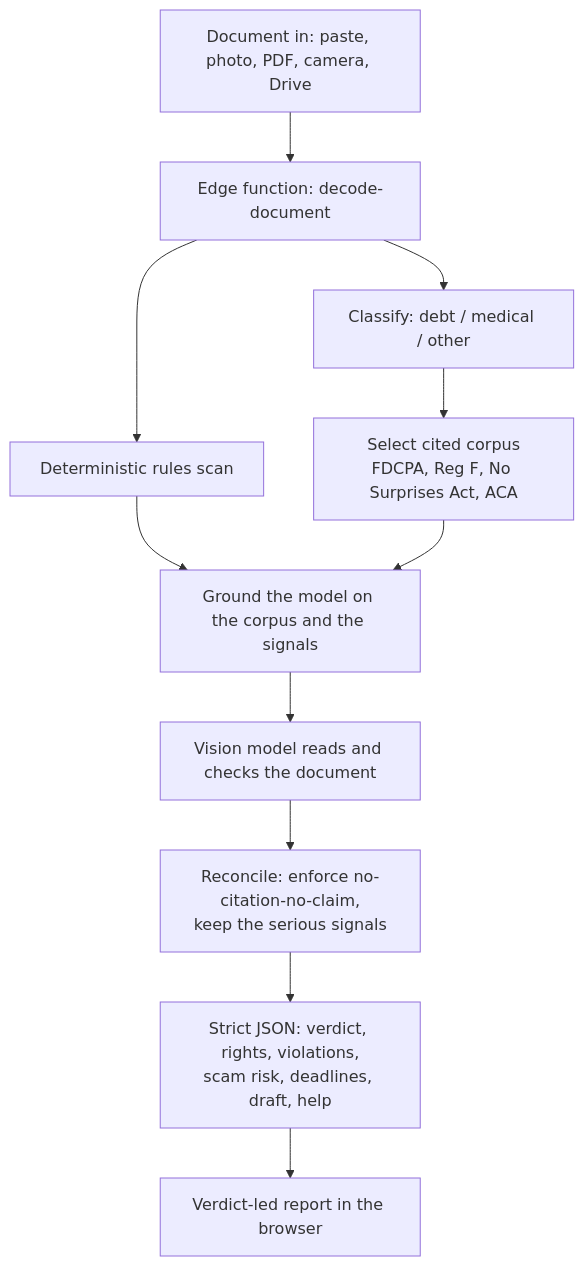
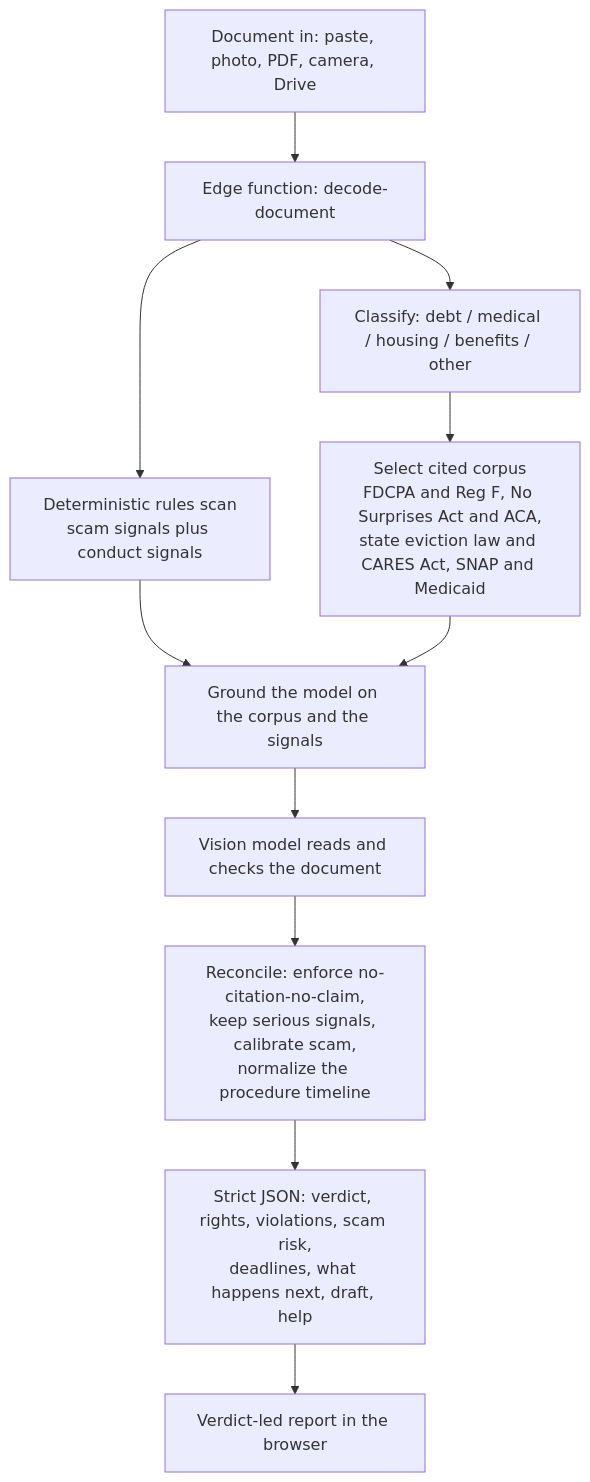
The first of 4 diagrams in README.md (s-k-28/decoded), drawn with Mermaid before and after one commit. The commit also changed other lines of this file, not shown here.

First line of the commit message:
Expand README: detailed product overview, grounding methodology, coverage, procedure

````diff
--- a/README.md
+++ b/README.md
@@ -17,13 +26,13 @@
 ```mermaid
 flowchart TD
     A["Document in: paste, photo, PDF, camera, Drive"] --> B["Edge function: decode-document"]
-    B --> C["Deterministic rules scan"]
-    B --> D["Classify: debt / medical / other"]
-    D --> E["Select cited corpus<br/>FDCPA, Reg F, No Surprises Act, ACA"]
+    B --> C["Deterministic rules scan<br/>scam signals plus conduct signals"]
+    B --> D["Classify: debt / medical / housing / benefits / other"]
+    D --> E["Select cited corpus<br/>FDCPA and Reg F, No Surprises Act and ACA,<br/>state eviction law and CARES Act, SNAP and Medicaid"]
     C --> F["Ground the model on the corpus and the signals"]
     E --> F
     F --> G["Vision model reads and checks the document"]
-    G --> H["Reconcile: enforce no-citation-no-claim,<br/>keep the serious signals"]
-    H --> I["Strict JSON: verdict, rights, violations,<br/>scam risk, deadlines, draft, help"]
+    G --> H["Reconcile: enforce no-citation-no-claim,<br/>keep serious signals, calibrate scam,<br/>normalize the procedure timeline"]
+    H --> I["Strict JSON: verdict, rights, violations, scam risk,<br/>deadlines, what happens next, draft, help"]
     I --> J["Verdict-led report in the browser"]
 ```
````
